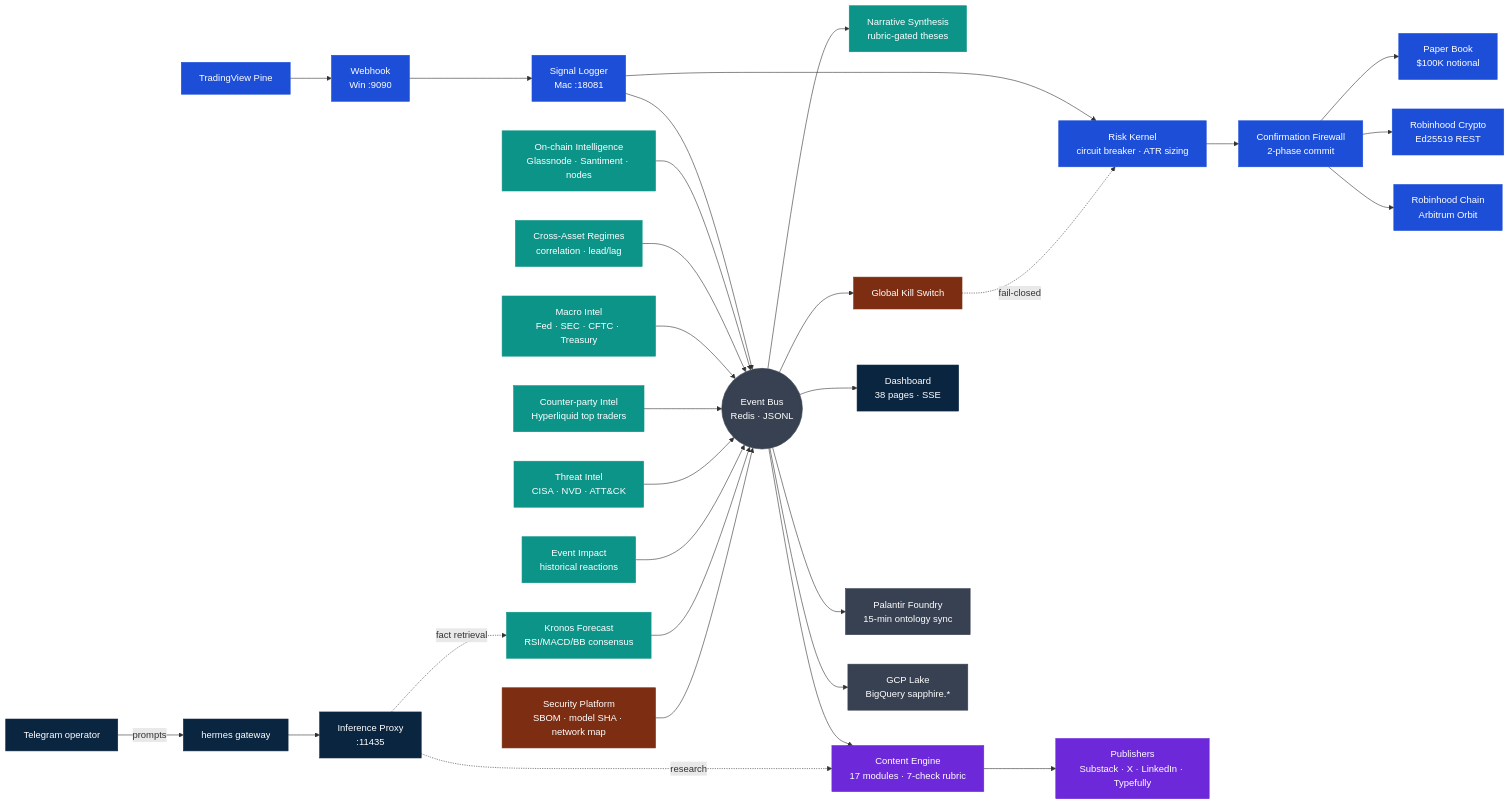
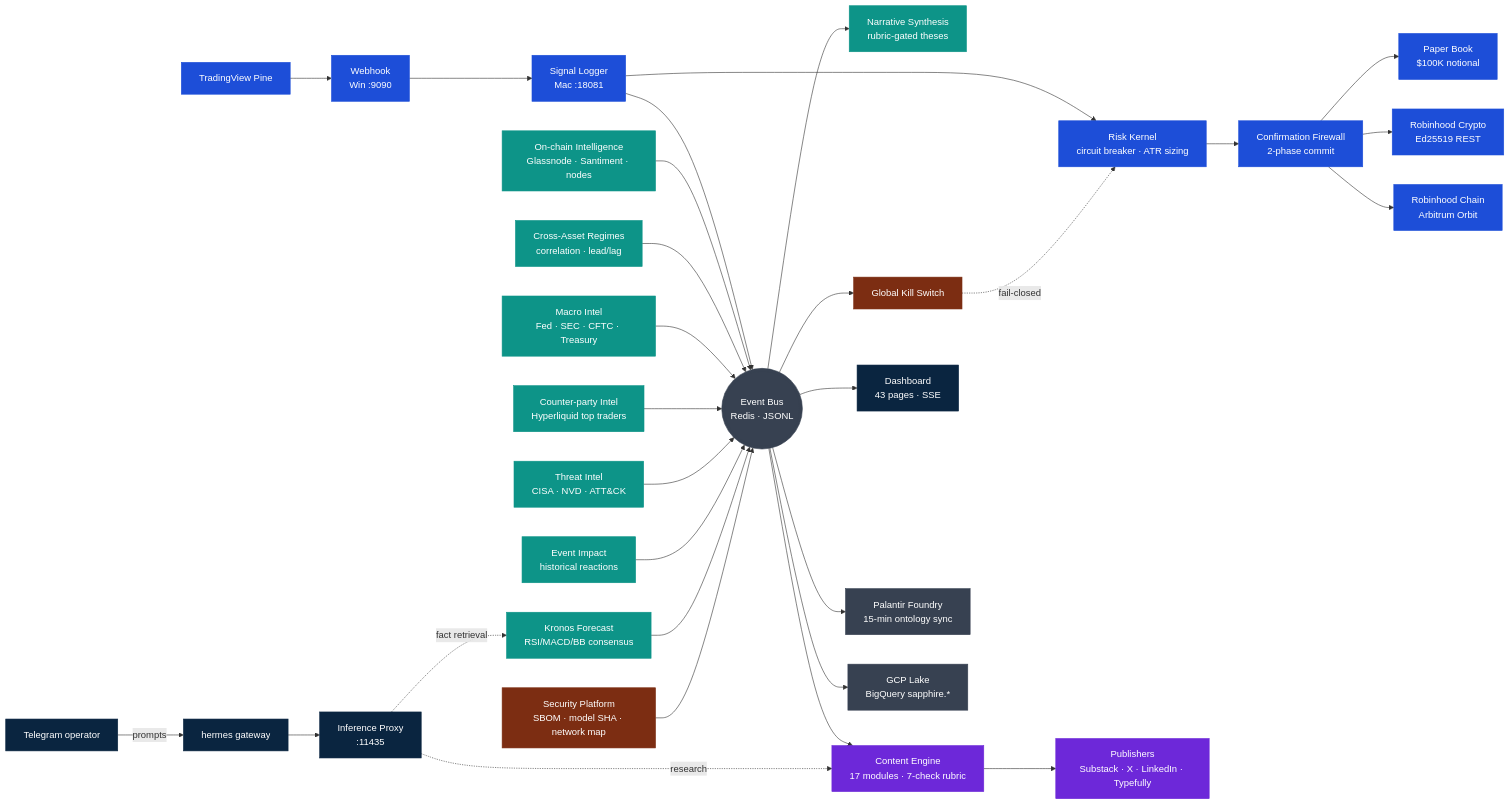
One commit to arigatoexpress/Sapphire changed the first of 8 diagrams in README.md. Above: the diagram before and after it, drawn with Mermaid. The commit also changed other lines of this file and 15 other files, not shown here.

````diff
--- a/README.md
+++ b/README.md
@@ -62,69 +62,69 @@
 ```mermaid
 flowchart LR
     classDef edge       fill:#0A2540,stroke:#0A2540,color:#fff
     classDef trading    fill:#1d4ed8,stroke:#1d4ed8,color:#fff
     classDef intel      fill:#0d9488,stroke:#0d9488,color:#fff
     classDef security   fill:#7c2d12,stroke:#7c2d12,color:#fff
     classDef content    fill:#6d28d9,stroke:#6d28d9,color:#fff
     classDef storage    fill:#374151,stroke:#374151,color:#fff
 
     Operator[Telegram operator]:::edge
     HermesGateway[hermes gateway]:::edge
     InferenceProxy[Inference Proxy<br/>:11435]:::edge
 
     TV[TradingView Pine]:::trading
     Webhook[Webhook<br/>Win :9090]:::trading
     SignalLogger[Signal Logger<br/>Mac :18081]:::trading
     RiskKernel[Risk Kernel<br/>circuit breaker · ATR sizing]:::trading
     Confirmation[Confirmation Firewall<br/>2-phase commit]:::trading
     PaperBook[Paper Book<br/>$100K notional]:::trading
     Robinhood[Robinhood Crypto<br/>Ed25519 REST]:::trading
     Chain[Robinhood Chain<br/>Arbitrum Orbit]:::trading
 
     Bus(((Event Bus<br/>Redis · JSONL))):::storage
 
     ChainIntel[On-chain Intelligence<br/>Glassnode · Santiment · nodes]:::intel
     CrossAsset[Cross-Asset Regimes<br/>correlation · lead/lag]:::intel
     MacroIntel[Macro Intel<br/>Fed · SEC · CFTC · Treasury]:::intel
     Counterparty[Counter-party Intel<br/>Hyperliquid top traders]:::intel
     Threat[Threat Intel<br/>CISA · NVD · ATT&CK]:::intel
     EventImpact[Event Impact<br/>historical reactions]:::intel
     Predict[Kronos Forecast<br/>RSI/MACD/BB consensus]:::intel
     Narrative[Narrative Synthesis<br/>rubric-gated theses]:::intel
 
     SecPlatform[Security Platform<br/>SBOM · model SHA · network map]:::security
     KillSwitch[Global Kill Switch]:::security
 
     ContentEngine[Content Engine<br/>17 modules · 7-check rubric]:::content
     Publishers[Publishers<br/>Substack · X · LinkedIn · Typefully]:::content
 
-    Dashboard[Dashboard<br/>38 pages · SSE]:::edge
+    Dashboard[Dashboard<br/>43 pages · SSE]:::edge
     Foundry[Palantir Foundry<br/>15-min ontology sync]:::storage
     GCP[GCP Lake<br/>BigQuery sapphire.*]:::storage
 
     Operator -->|prompts| HermesGateway --> InferenceProxy
     TV --> Webhook --> SignalLogger --> RiskKernel --> Confirmation
     Confirmation --> PaperBook
     Confirmation --> Robinhood
     Confirmation --> Chain
 
     SignalLogger --> Bus
     ChainIntel --> Bus
     CrossAsset --> Bus
     MacroIntel --> Bus
     Counterparty --> Bus
     Threat --> Bus
     EventImpact --> Bus
     Predict --> Bus
     SecPlatform --> Bus
 
     Bus --> Dashboard
     Bus --> Narrative
     Bus --> ContentEngine --> Publishers
     Bus --> Foundry
     Bus --> GCP
     Bus --> KillSwitch -.fail-closed.-> RiskKernel
 
     InferenceProxy -.fact retrieval.-> Predict
     InferenceProxy -.research.-> ContentEngine
 ```
````
